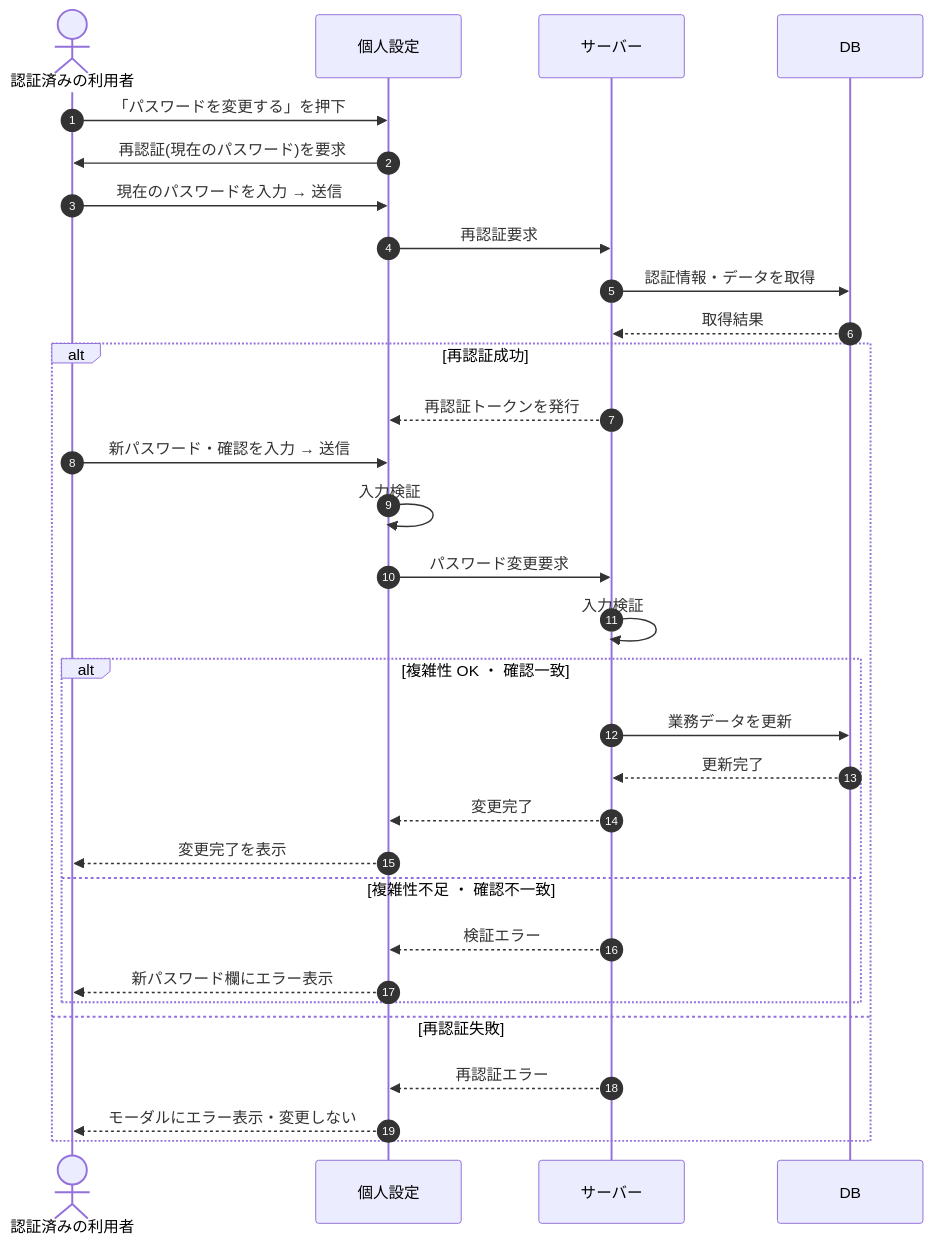
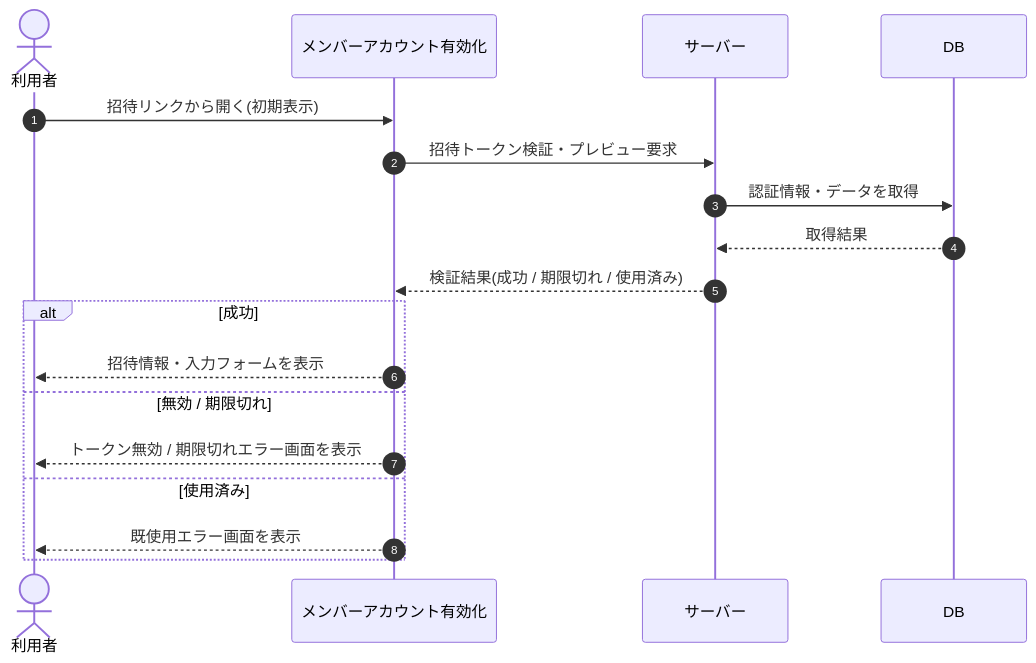
Before and after one commit to sikakou54/open-faq: the diagram in 02_basic_design/03_sequences/SEQ-072.md, drawn with Mermaid. The commit also changed other lines of this file and 395 other files, not shown here.

````diff
--- a/02_basic_design/03_sequences/SEQ-072.md
+++ b/02_basic_design/03_sequences/SEQ-072.md
@@ -25,33 +25,20 @@
 ```mermaid
 sequenceDiagram
   autonumber
-  actor U as 認証済みの利用者
-  participant Screen as 個人設定
+  actor U as 利用者
+  participant Screen as メンバーアカウント有効化
   participant Server as サーバー
   participant DB as DB
-  U->>Screen: 「パスワードを変更する」を押下
-  Screen->>U: 再認証(現在のパスワード)を要求
-  U->>Screen: 現在のパスワードを入力 → 送信
-  Screen->>Server: 再認証要求
+  U->>Screen: 招待リンクから開く(初期表示)
+  Screen->>Server: 招待トークン検証・プレビュー要求
   Server->>DB: 認証情報・データを取得
   DB-->>Server: 取得結果
-  alt 再認証成功
-    Server-->>Screen: 再認証トークンを発行
-    U->>Screen: 新パスワード・確認を入力 → 送信
-    Screen->>Screen: 入力検証
-    Screen->>Server: パスワード変更要求
-    Server->>Server: 入力検証
-    alt 複雑性 OK ・ 確認一致
-      Server->>DB: 業務データを更新
-      DB-->>Server: 更新完了
-      Server-->>Screen: 変更完了
-      Screen-->>U: 変更完了を表示
-    else 複雑性不足 ・ 確認不一致
-      Server-->>Screen: 検証エラー
-      Screen-->>U: 新パスワード欄にエラー表示
-    end
-  else 再認証失敗
-    Server-->>Screen: 再認証エラー
-    Screen-->>U: モーダルにエラー表示・変更しない
+  Server-->>Screen: 検証結果(成功 / 期限切れ / 使用済み)
+  alt 成功
+    Screen-->>U: 招待情報・入力フォームを表示
+  else 無効 / 期限切れ
+    Screen-->>U: トークン無効 / 期限切れエラー画面を表示
+  else 使用済み
+    Screen-->>U: 既使用エラー画面を表示
   end
 ```
````
